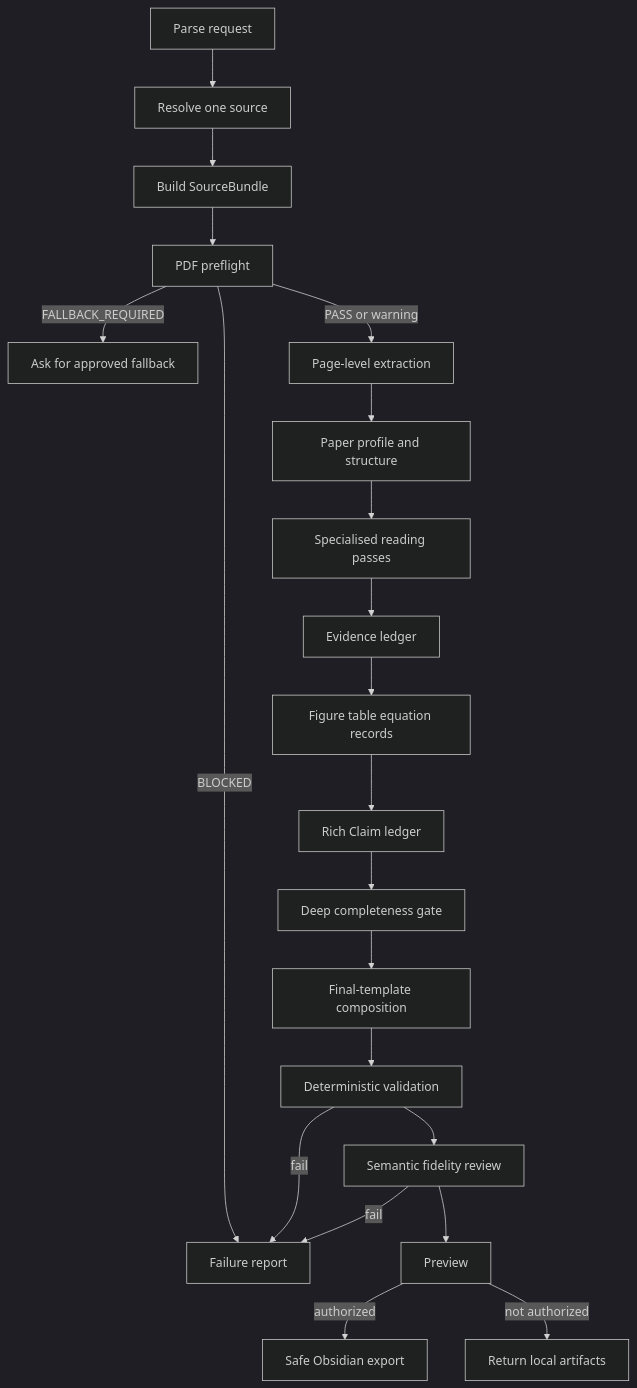
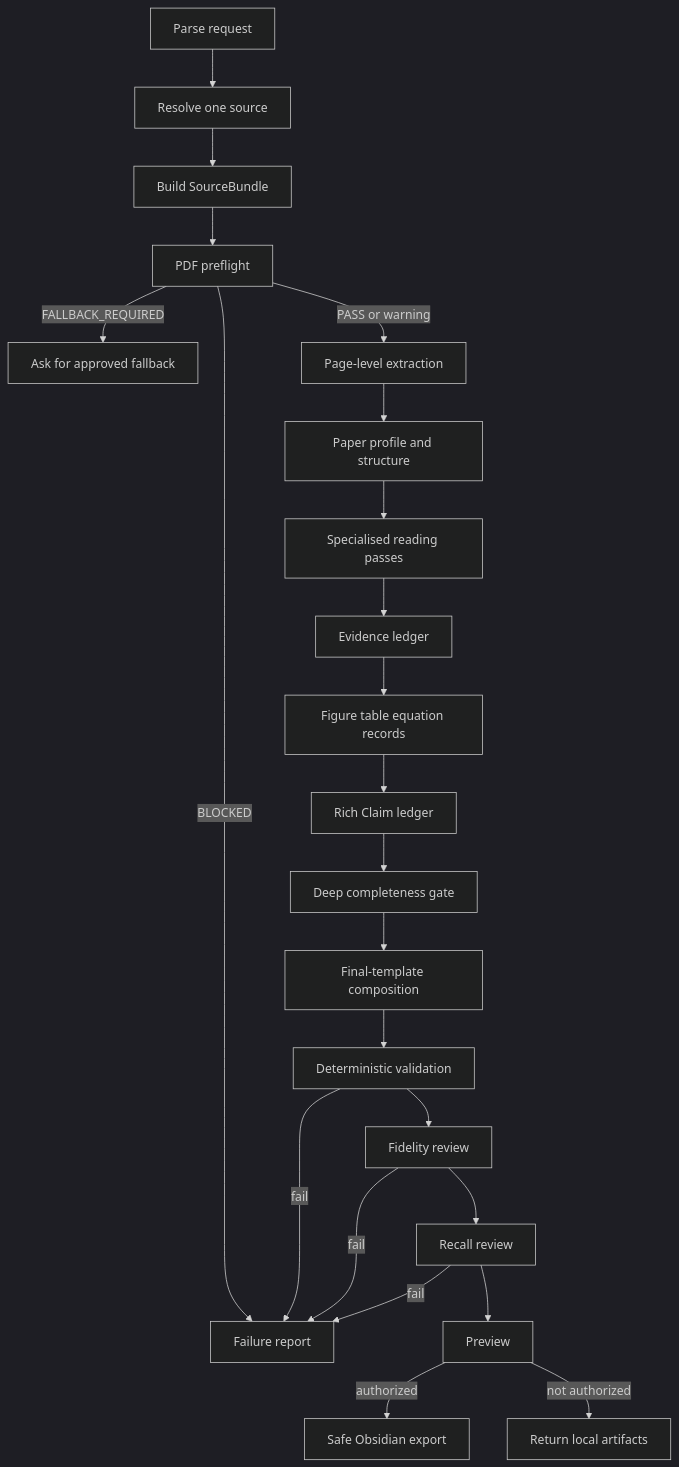
The diagram in docs/WORKFLOW.md (xieyf1024/Litanchor-paper-reading), drawn with Mermaid (dark theme) before and after one commit. The commit also changed other lines of this file and 36 other files, not shown here.

````diff
--- a/docs/WORKFLOW.md
+++ b/docs/WORKFLOW.md
@@ -5,23 +5,25 @@
 ```mermaid
 flowchart TD
     A[Parse request] --> B[Resolve one source]
     B --> C[Build SourceBundle]
     C --> D[PDF preflight]
     D -->|BLOCKED| X[Failure report]
     D -->|FALLBACK_REQUIRED| Y[Ask for approved fallback]
     D -->|PASS or warning| E[Page-level extraction]
     E --> F[Paper profile and structure]
     F --> G[Specialised reading passes]
     G --> H[Evidence ledger]
     H --> I[Figure table equation records]
     I --> J[Rich Claim ledger]
     J --> K[Deep completeness gate]
     K --> Q[Final-template composition]
     Q --> R[Deterministic validation]
     R -->|fail| X
-    R --> L[Semantic fidelity review]
+    R --> L[Fidelity review]
     L -->|fail| X
-    L --> M[Preview]
+    L --> T[Recall review]
+    T -->|fail| X
+    T --> M[Preview]
     M -->|authorized| N[Safe Obsidian export]
     M -->|not authorized| O[Return local artifacts]
 ```
````
